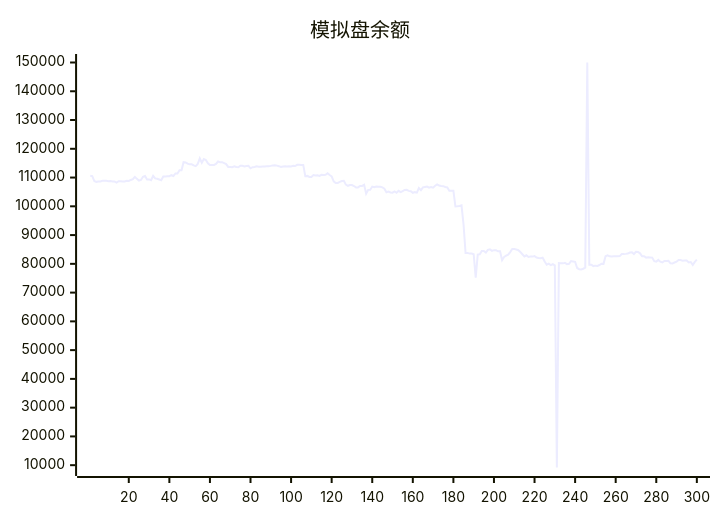
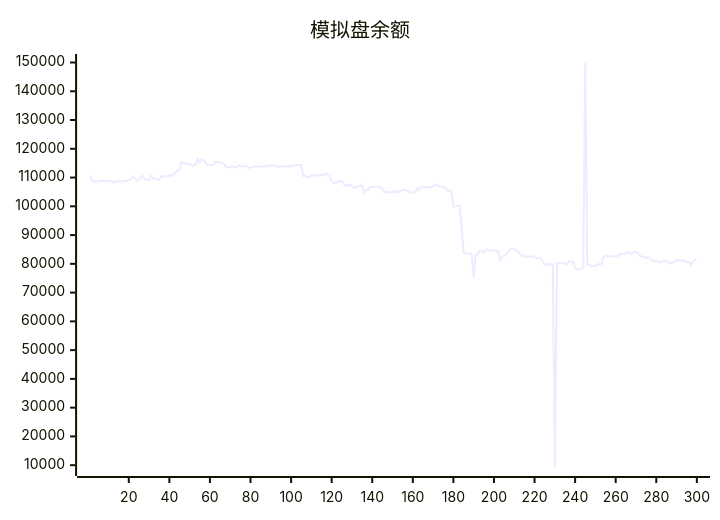
Before and after one commit to aahl/ai-trading: the diagram in README.md, drawn with Mermaid. The commit also changed other lines of this file and 1 other file, not shown here.

````diff
--- a/README.md
+++ b/README.md
@@ -5,5 +5,5 @@
 ```mermaid
 xychart
     title "模拟盘余额"
-    line [110593,110490,108796,108506,108603,108645,108864,108864,108897,108718,108760,108648,108602,108262,108718,108752,108644,108644,108863,108823,109162,109419,110224,109539,108945,109172,110262,110546,109304,109343,109053,110606,109702,109584,109337,109071,110342,110342,110488,110488,110814,110531,111421,111421,112518,112522,115341,115266,114830,114584,114588,114231,113973,114726,116697,115160,116423,116083,114950,114365,114365,114388,114730,115582,115358,115358,115032,114686,113688,113688,113610,113930,113672,113585,114083,114074,113840,113996,114051,113208,113593,113701,113901,113794,113784,113810,113848,113927,113929,114064,114232,114293,114144,113960,113698,113853,113942,113812,113908,113877,114091,113998,114427,114422,114384,114384,110477,110576,110198,110198,110890,110712,110812,110569,110929,110847,110968,111478,110870,110433,108661,108116,108115,108485,108797,108877,107536,107134,107393,107393,107046,106565,106565,107081,107081,107478,104404,105715,105749,106866,106651,106889,106771,106816,106565,106141,104876,105103,104796,104734,105169,104690,105380,104941,105272,105709,105739,105374,105227,104691,104924,104762,106364,105628,106608,106748,106872,106485,106721,106468,107132,107620,107224,107080,107001,106717,106567,105431,105431,105440,99950,100017,100113,100337,93749,83795,83807,83567,83567,83342,75168,83222,83336,84448,84449,83896,84839,85065,84499,84757,84757,84364,84347,81254,82385,82835,83184,84099,85150,85150,85002,84751,84096,83356,82582,82983,82404,82572,82512,82688,82200,82047,81920,82125,80840,79688,80060,79552,79920,79470,9193,80236,80208,80170,80336,79894,80006,80954,80837,80712,78561,78139,78037,78293,78682,150000,79720,79720,79214,79372,79279,79591,80046,79993,82625,82950,82626,82571,82633,82670,82670,82681,83386,83378,83464,83579,83920,84037,83402,84160,84142,83652,82655,82655,82145,82315,82243,82163,80934,80770,81371,80742,80468,80989,80989,81067,80191,80155,80450,80737,81309,81309,81106,81119,81119,80471,80631,79624,80670,81448]
+    line [110490,108796,108506,108603,108645,108864,108864,108897,108718,108760,108648,108602,108262,108718,108752,108644,108644,108863,108823,109162,109419,110224,109539,108945,109172,110262,110546,109304,109343,109053,110606,109702,109584,109337,109071,110342,110342,110488,110488,110814,110531,111421,111421,112518,112522,115341,115266,114830,114584,114588,114231,113973,114726,116697,115160,116423,116083,114950,114365,114365,114388,114730,115582,115358,115358,115032,114686,113688,113688,113610,113930,113672,113585,114083,114074,113840,113996,114051,113208,113593,113701,113901,113794,113784,113810,113848,113927,113929,114064,114232,114293,114144,113960,113698,113853,113942,113812,113908,113877,114091,113998,114427,114422,114384,114384,110477,110576,110198,110198,110890,110712,110812,110569,110929,110847,110968,111478,110870,110433,108661,108116,108115,108485,108797,108877,107536,107134,107393,107393,107046,106565,106565,107081,107081,107478,104404,105715,105749,106866,106651,106889,106771,106816,106565,106141,104876,105103,104796,104734,105169,104690,105380,104941,105272,105709,105739,105374,105227,104691,104924,104762,106364,105628,106608,106748,106872,106485,106721,106468,107132,107620,107224,107080,107001,106717,106567,105431,105431,105440,99950,100017,100113,100337,93749,83795,83807,83567,83567,83342,75168,83222,83336,84448,84449,83896,84839,85065,84499,84757,84757,84364,84347,81254,82385,82835,83184,84099,85150,85150,85002,84751,84096,83356,82582,82983,82404,82572,82512,82688,82200,82047,81920,82125,80840,79688,80060,79552,79920,79470,9193,80236,80208,80170,80336,79894,80006,80954,80837,80712,78561,78139,78037,78293,78682,150000,79720,79720,79214,79372,79279,79591,80046,79993,82625,82950,82626,82571,82633,82670,82670,82681,83386,83378,83464,83579,83920,84037,83402,84160,84142,83652,82655,82655,82145,82315,82243,82163,80934,80770,81371,80742,80468,80989,80989,81067,80191,80155,80450,80737,81309,81309,81106,81119,81119,80471,80631,79624,80670,81448,81290]
 ```
````
